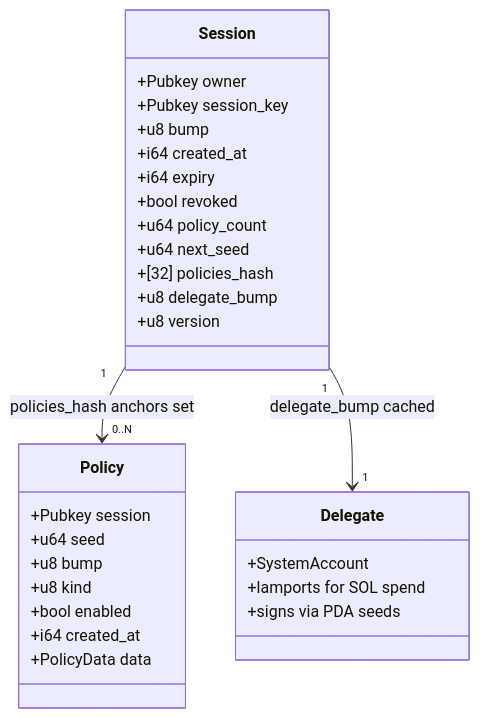
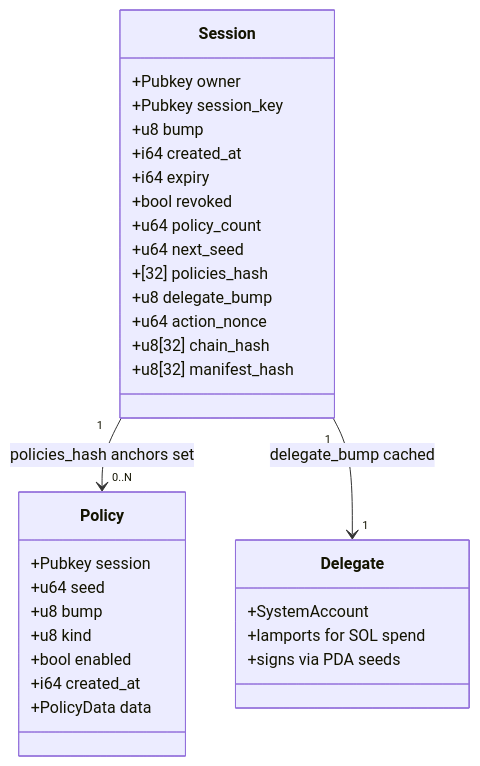
Before and after one commit to rit3sh-x/bastion: the first of 4 diagrams in programs/bastion/README.md, drawn with Mermaid. The commit also changed other lines of this file and 65 other files, not shown here.

````diff
--- a/programs/bastion/README.md
+++ b/programs/bastion/README.md
@@ -11,35 +9,37 @@
 ```mermaid
 classDiagram
     class Session {
         +Pubkey owner
         +Pubkey session_key
         +u8 bump
         +i64 created_at
         +i64 expiry
         +bool revoked
         +u64 policy_count
         +u64 next_seed
         +[32] policies_hash
         +u8 delegate_bump
-        +u8 version
+        +u64 action_nonce
+        +u8[32] chain_hash
+        +u8[32] manifest_hash
     }
 
     class Policy {
         +Pubkey session
         +u64 seed
         +u8 bump
         +u8 kind
         +bool enabled
         +i64 created_at
         +PolicyData data
     }
 
     class Delegate {
         +SystemAccount
         +lamports for SOL spend
         +signs via PDA seeds
     }
 
     Session "1" --> "0..N" Policy : policies_hash anchors set
     Session "1" --> "1" Delegate : delegate_bump cached
 ```
````
